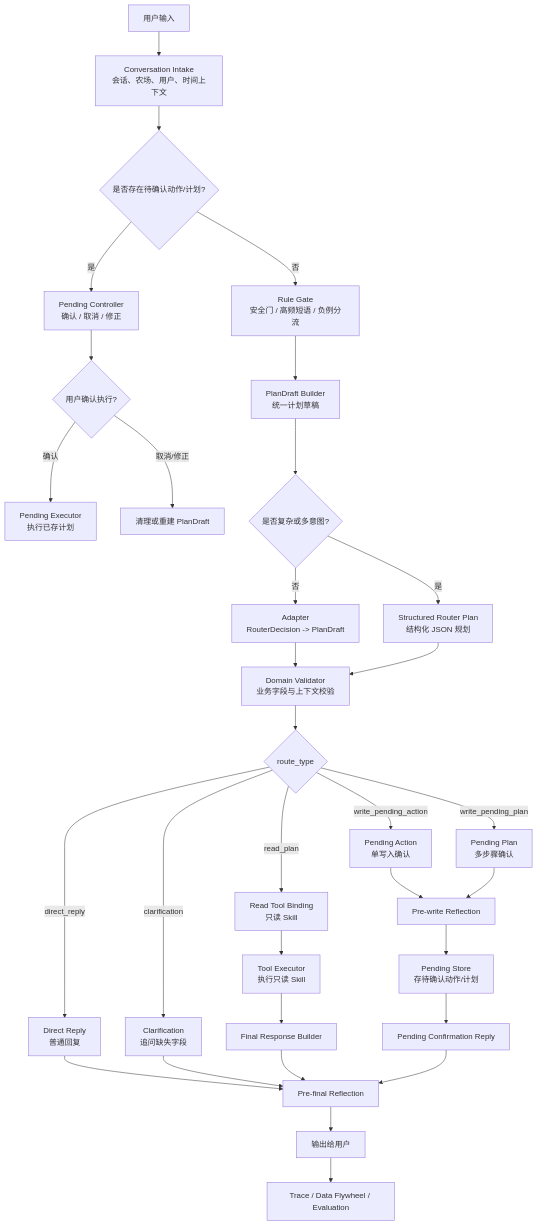
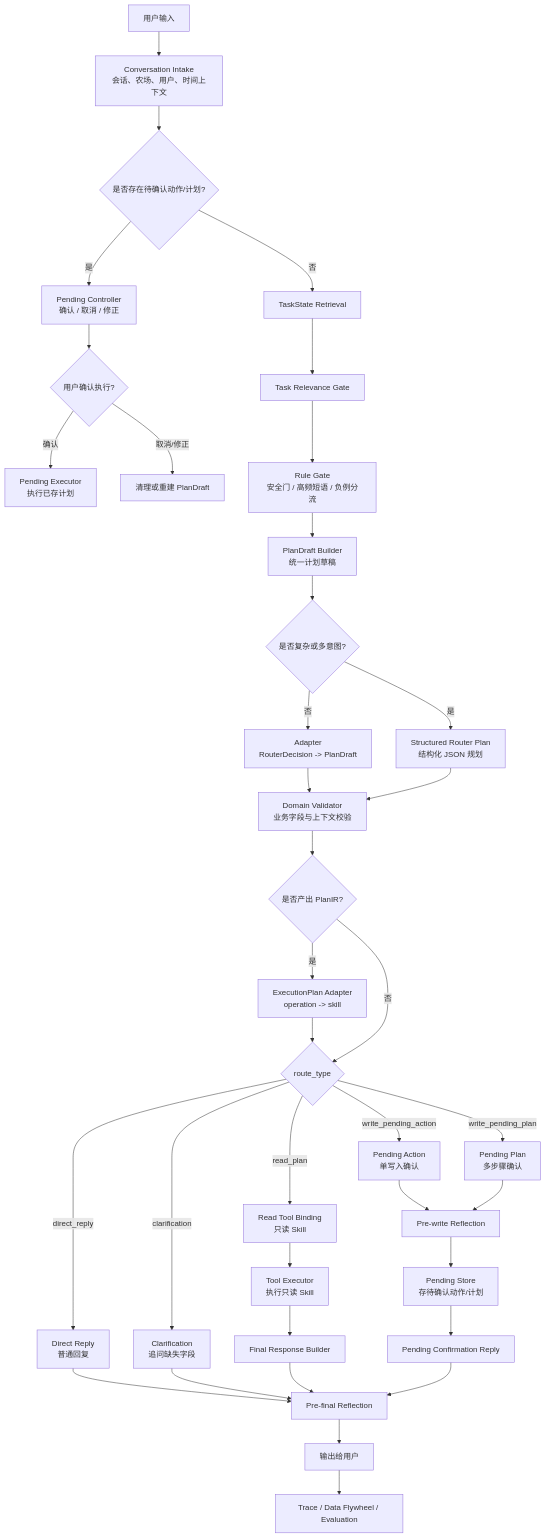
One commit to ArtLjn/agriagent-os changed the fifth of 21 diagrams in docs/farm-manager-design-spec/01_正式设计/13_Agent范式规范化设计.md. Above: the diagram before and after it, drawn with Mermaid. The commit also changed other lines of this file and 133 other files, not shown here.

````diff
--- a/docs/farm-manager-design-spec/01_正式设计/13_Agent范式规范化设计.md
+++ b/docs/farm-manager-design-spec/01_正式设计/13_Agent范式规范化设计.md
@@ -164,37 +173,43 @@
 ```mermaid
 flowchart TD
     U["用户输入"] --> I["Conversation Intake<br/>会话、农场、用户、时间上下文"]
     I --> P0{"是否存在待确认动作/计划?"}
     P0 -->|是| PC["Pending Controller<br/>确认 / 取消 / 修正"]
     PC --> PE{"用户确认执行?"}
     PE -->|确认| EX0["Pending Executor<br/>执行已存计划"]
     PE -->|取消/修正| CLR["清理或重建 PlanDraft"]
 
-    P0 -->|否| G["Rule Gate<br/>安全门 / 高频短语 / 负例分流"]
+    P0 -->|否| TS["TaskState Retrieval"]
+    TS --> RG["Task Relevance Gate"]
+    RG --> G["Rule Gate<br/>安全门 / 高频短语 / 负例分流"]
     G --> PD["PlanDraft Builder<br/>统一计划草稿"]
     PD --> SP{"是否复杂或多意图?"}
     SP -->|否| A1["Adapter<br/>RouterDecision -> PlanDraft"]
     SP -->|是| LP["Structured Router Plan<br/>结构化 JSON 规划"]
     A1 --> DV["Domain Validator<br/>业务字段与上下文校验"]
     LP --> DV
+    DV --> IR{"是否产出 PlanIR?"}
+    IR -->|是| EP["ExecutionPlan Adapter<br/>operation -> skill"]
+    EP --> RT
+    IR -->|否| RT
 
-    DV --> RT{"route_type"}
+    RT{"route_type"}
     RT -->|direct_reply| DR["Direct Reply<br/>普通回复"]
     RT -->|read_plan| RP["Read Tool Binding<br/>只读 Skill"]
     RT -->|write_pending_action| WPA["Pending Action<br/>单写入确认"]
     RT -->|write_pending_plan| WPP["Pending Plan<br/>多步骤确认"]
     RT -->|clarification| CQ["Clarification<br/>追问缺失字段"]
 
     RP --> TE["Tool Executor<br/>执行只读 Skill"]
     TE --> FR["Final Response Builder"]
     WPA --> WR["Pre-write Reflection"]
     WPP --> WR
     WR --> PS["Pending Store<br/>存待确认动作/计划"]
     PS --> PR["Pending Confirmation Reply"]
     DR --> RF["Pre-final Reflection"]
     CQ --> RF
     FR --> RF
     PR --> RF
     RF --> O["输出给用户"]
     O --> DF["Trace / Data Flywheel / Evaluation"]
 ```
````
